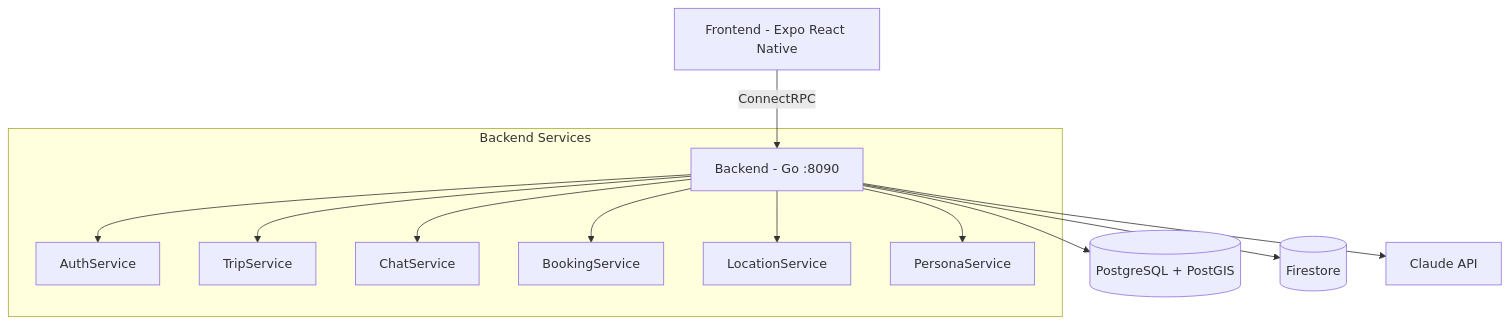
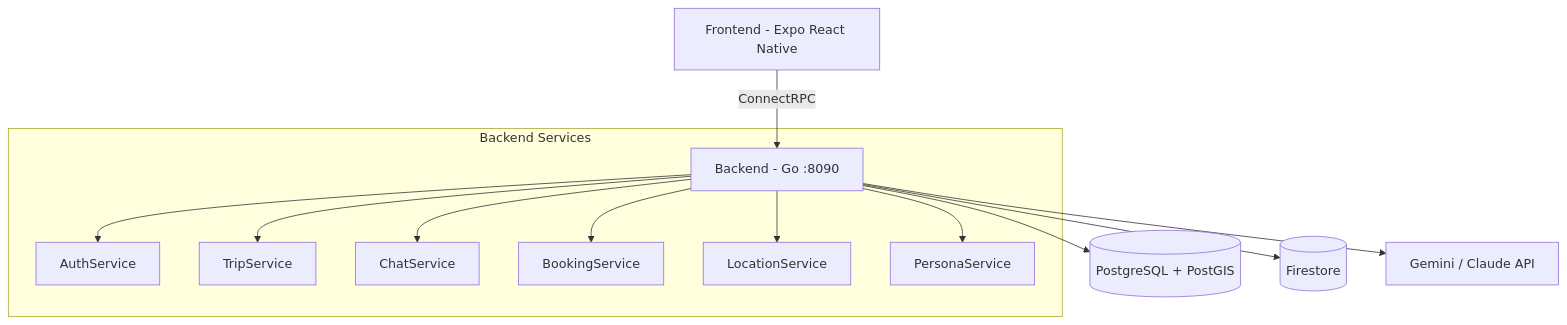
One commit to gallowaysoftware/toqui changed the first of 3 diagrams in CLAUDE.md. Above: the diagram before and after it, drawn with Mermaid. The commit also changed other lines of this file, not shown here.

First line of the commit message:
docs: update CLAUDE.md — Stripe migration, Gemini default, tier limits, subscriptions

````diff
--- a/CLAUDE.md
+++ b/CLAUDE.md
@@ -55,16 +55,16 @@
 ```mermaid
 graph TB
     FE[Frontend - Expo React Native] -->|ConnectRPC| BE[Backend - Go :8090]
     BE --> PG[(PostgreSQL + PostGIS)]
     BE --> FS[(Firestore)]
-    BE --> AI[Claude API]
+    BE --> AI[Gemini / Claude API]
 
     subgraph Backend Services
         BE --> Auth[AuthService]
         BE --> Trip[TripService]
         BE --> Chat[ChatService]
         BE --> Book[BookingService]
         BE --> Loc[LocationService]
         BE --> Pers[PersonaService]
     end
 ```
````
